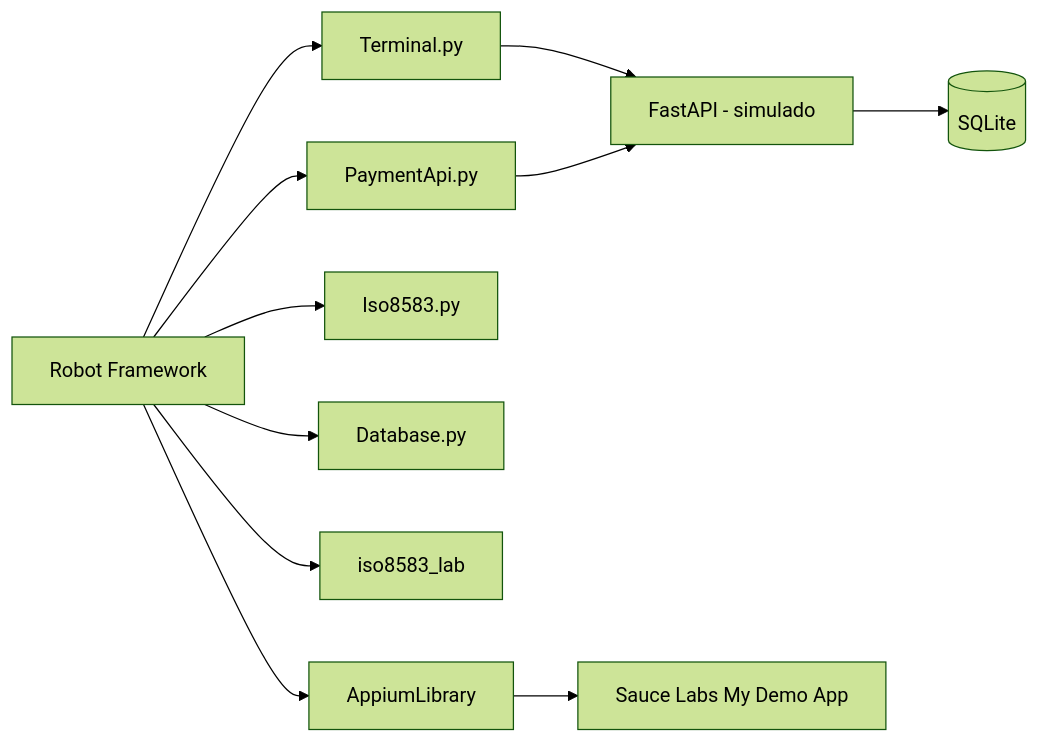
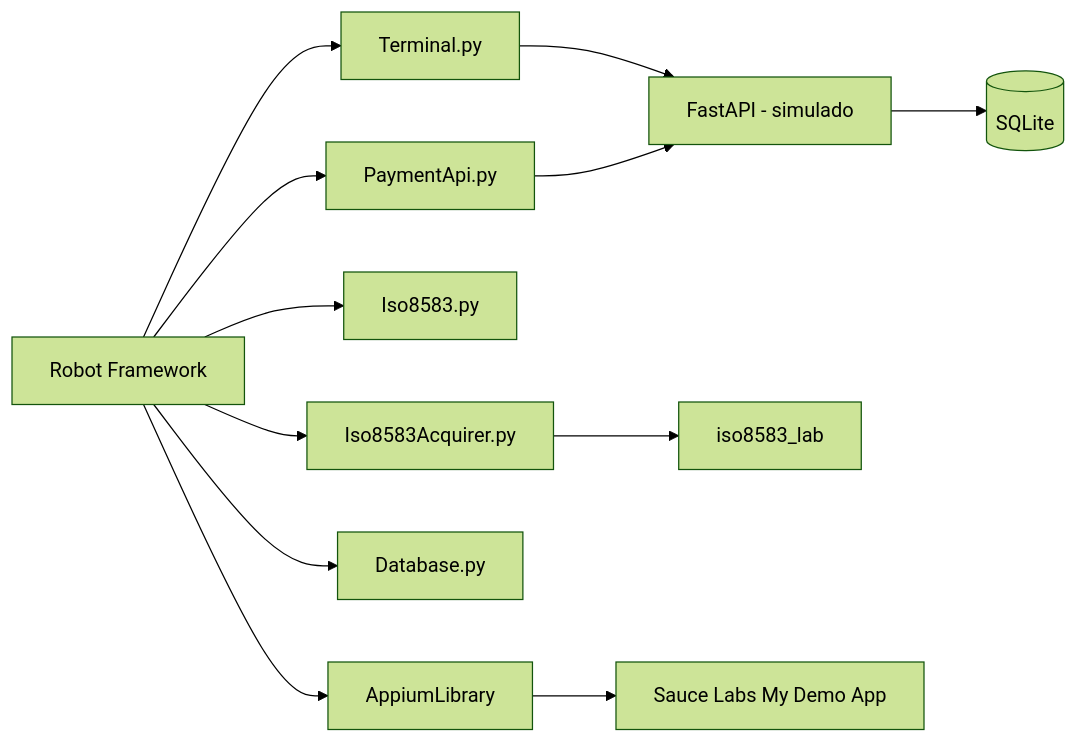
Before and after one commit to PaulinoLogicLab/pos-qa-lab: the diagram in README.md, drawn with Mermaid (forest theme). The commit also changed other lines of this file and 30 other files, not shown here.

````diff
--- a/README.md
+++ b/README.md
@@ -46,13 +48,14 @@
 ```mermaid
 flowchart LR
     R[Robot Framework] --> A[PaymentApi.py]
     R --> T[Terminal.py]
     R --> I[Iso8583.py]
+    R --> IA[Iso8583Acquirer.py]
     R --> D[Database.py]
     T --> API[FastAPI - simulado]
     A --> API
     API --> DB[(SQLite)]
-    R --> ISO[iso8583_lab]
+    IA --> ISO[iso8583_lab]
     R --> DEV[AppiumLibrary]
     DEV --> APP[Sauce Labs My Demo App]
 ```
````
